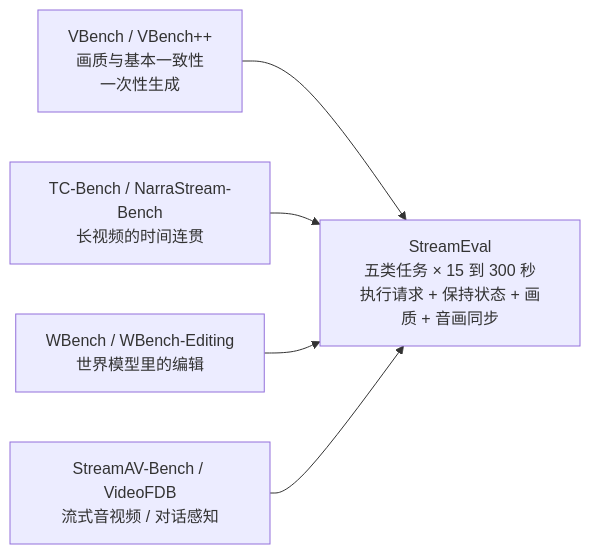
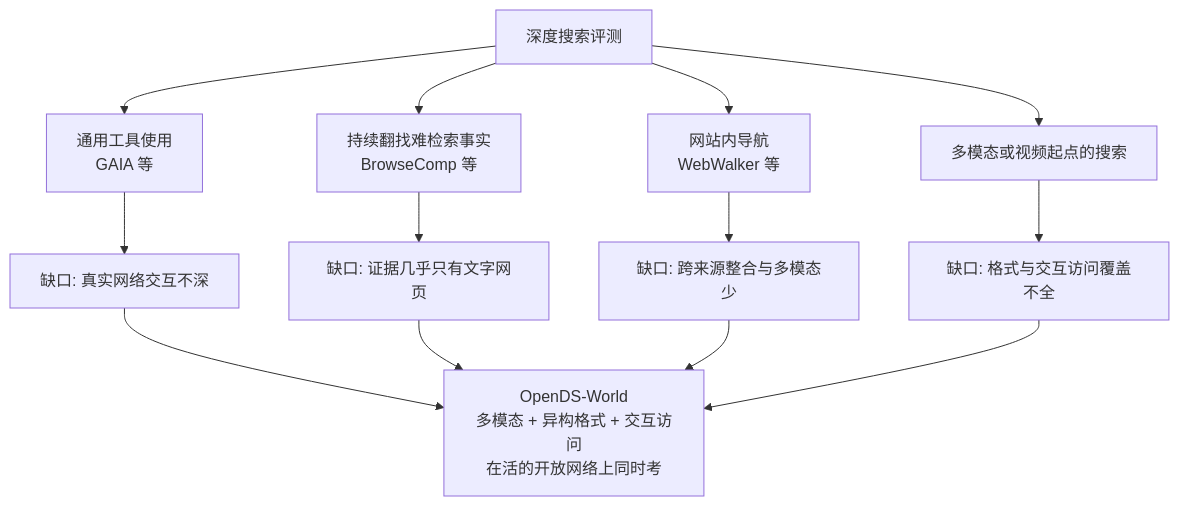
The first of 4 diagrams in docs/index.md (yingwang/paper-reads), drawn with Mermaid before and after one commit. The commit also changed other lines of this file and 2 other files, not shown here.

First line of the commit message:
Add 2026-10-23-opends-world-deep-search-real-world-web

````diff
--- a/docs/index.md
+++ b/docs/index.md
@@ -50,7 +74,15 @@
 ```mermaid
-flowchart LR
-    A[VBench / VBench++<br/>画质与基本一致性<br/>一次性生成] --> E[StreamEval<br/>五类任务 × 15 到 300 秒<br/>执行请求 + 保持状态 + 画质 + 音画同步]
-    B[TC-Bench / NarraStream-Bench<br/>长视频的时间连贯] --> E
-    C[WBench / WBench-Editing<br/>世界模型里的编辑] --> E
-    D[StreamAV-Bench / VideoFDB<br/>流式音视频 / 对话感知] --> E
+graph TD
+    A[深度搜索评测] --> B[通用工具使用<br/>GAIA 等]
+    A --> C[持续翻找难检索事实<br/>BrowseComp 等]
+    A --> D[网站内导航<br/>WebWalker 等]
+    A --> E[多模态或视频起点的搜索]
+    B --> F[缺口: 真实网络交互不深]
+    C --> G[缺口: 证据几乎只有文字网页]
+    D --> H[缺口: 跨来源整合与多模态少]
+    E --> I[缺口: 格式与交互访问覆盖不全]
+    F --> J[OpenDS-World<br/>多模态 + 异构格式 + 交互访问<br/>在活的开放网络上同时考]
+    G --> J
+    H --> J
+    I --> J
 ```
````
